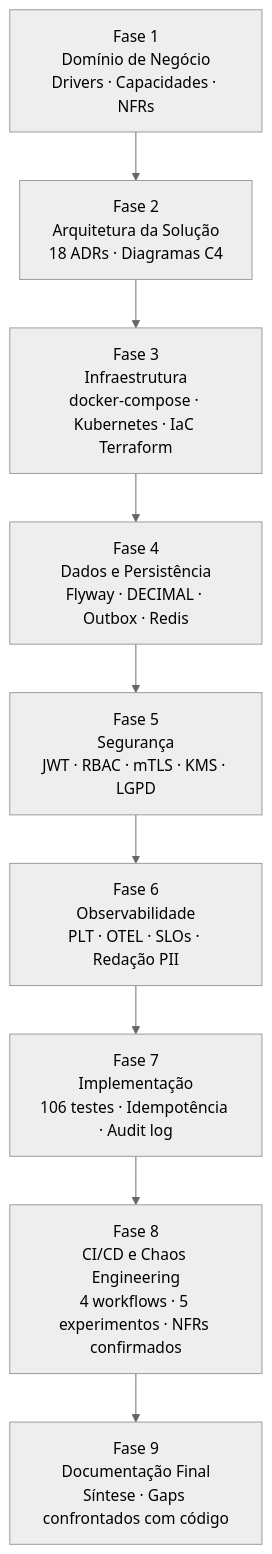
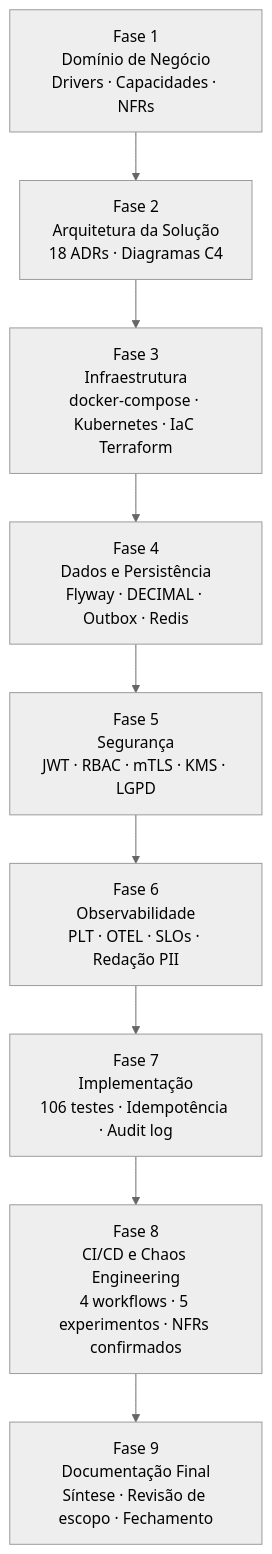
Before and after one commit to gsperim/account-engine-lab: the seventh of 7 diagrams in docs/visao-executiva.md, drawn with Mermaid (neutral theme). The commit also changed other lines of this file, not shown here.

First line of the commit message:
docs(visao-executiva): reescrever fase 9 sem meta-comentário de IA

````diff
--- a/docs/visao-executiva.md
+++ b/docs/visao-executiva.md
@@ -658,14 +641,14 @@
 ```mermaid
 flowchart TD
     F1["Fase 1\nDomínio de Negócio\nDrivers · Capacidades · NFRs"]
     F2["Fase 2\nArquitetura da Solução\n18 ADRs · Diagramas C4"]
     F3["Fase 3\nInfraestrutura\ndocker-compose · Kubernetes · IaC Terraform"]
     F4["Fase 4\nDados e Persistência\nFlyway · DECIMAL · Outbox · Redis"]
     F5["Fase 5\nSegurança\nJWT · RBAC · mTLS · KMS · LGPD"]
     F6["Fase 6\nObservabilidade\nPLT · OTEL · SLOs · Redação PII"]
     F7["Fase 7\nImplementação\n106 testes · Idempotência · Audit log"]
     F8["Fase 8\nCI/CD e Chaos Engineering\n4 workflows · 5 experimentos · NFRs confirmados"]
-    F9["Fase 9\nDocumentação Final\nSíntese · Gaps confrontados com código"]
+    F9["Fase 9\nDocumentação Final\nSíntese · Revisão de escopo · Fechamento"]
 
     F1 --> F2 --> F3 --> F4 --> F5 --> F6 --> F7 --> F8 --> F9
 ```
````
